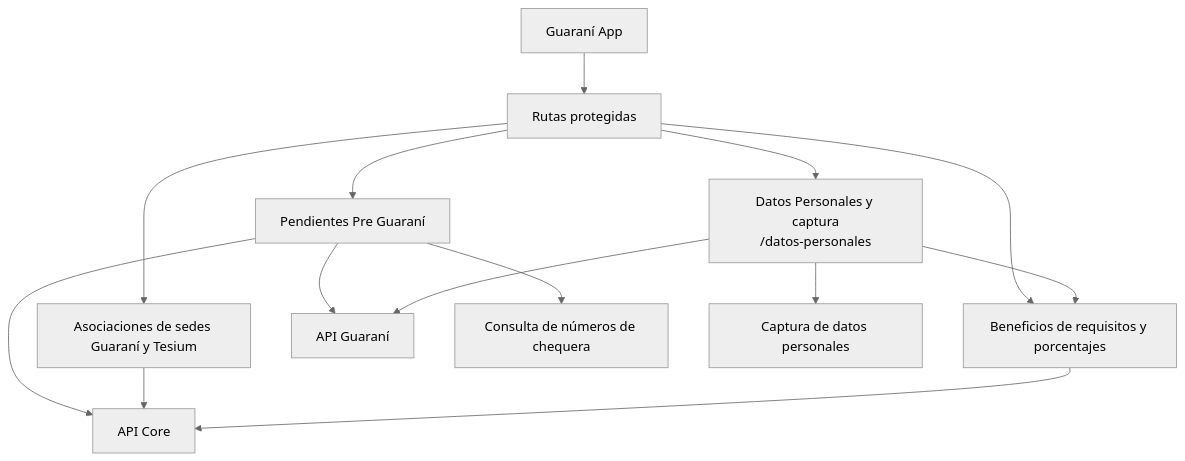
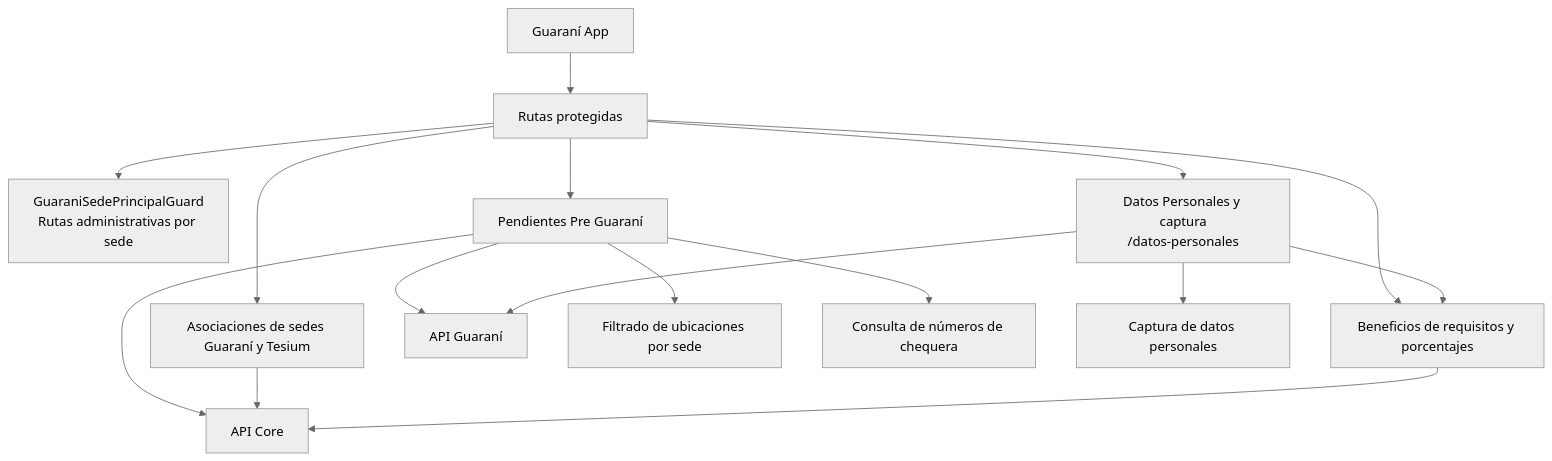
One commit to UM-services/UM.tesoreria.frontend-client changed the seventh of 8 diagrams in docs/architecture.md. Above: the diagram before and after it, drawn with Mermaid (neutral theme). The commit also changed other lines of this file and 27 other files, not shown here.

Commit message:
feat(guarani): restrict sede access and harden queries

````diff
--- a/docs/architecture.md
+++ b/docs/architecture.md
@@ -182,17 +182,19 @@
 ```mermaid
 flowchart TD
     GuaraniApp["Guaraní App"] --> AppRoutes["Rutas protegidas"]
+    AppRoutes --> SedeGuard["GuaraniSedePrincipalGuard<br/>Rutas administrativas por sede"]
     AppRoutes --> Pendientes["Pendientes Pre Guaraní"]
     AppRoutes --> Ubicaciones["Asociaciones de sedes Guaraní y Tesium"]
     AppRoutes --> Beneficios["Beneficios de requisitos y porcentajes"]
     AppRoutes --> Datos["Datos Personales y captura<br/>/datos-personales"]
 
     Pendientes --> GuaraniAPI["API Guaraní"]
+    Pendientes --> SedeFilter["Filtrado de ubicaciones por sede"]
     Pendientes --> Chequeras["Consulta de números de chequera"]
     Pendientes --> CoreAPI
     Ubicaciones --> CoreAPI["API Core"]
     Beneficios --> CoreAPI
     Datos --> GuaraniAPI
     Datos --> Beneficios
     Datos --> Captura["Captura de datos personales"]
 ```
````
